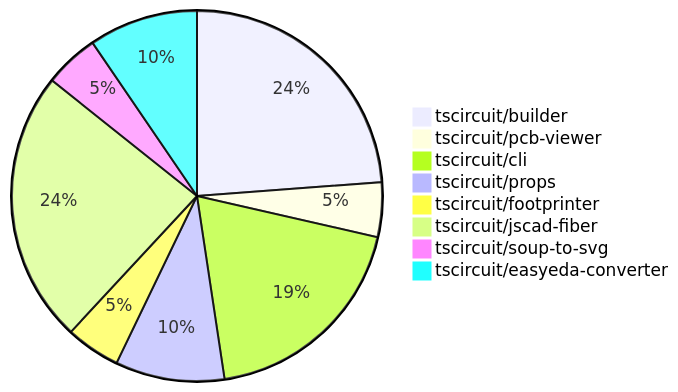
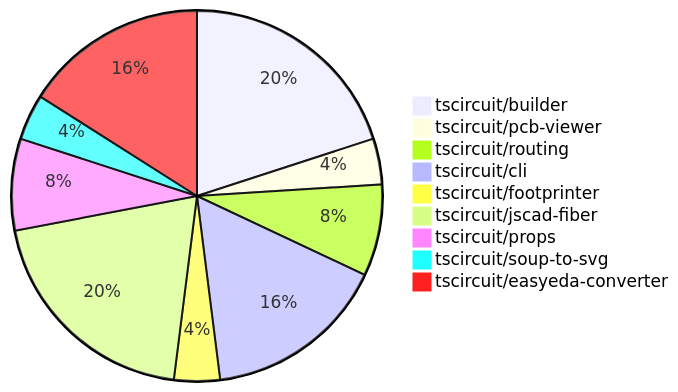
The diagram in README.md (tscircuit/contribution-tracker), drawn with Mermaid before and after one commit. The commit also changed other lines of this file and 1 other file, not shown here.

````diff
--- a/README.md
+++ b/README.md
@@ -24,11 +24,12 @@
 ```mermaid
 pie
     "tscircuit/builder" : 5
     "tscircuit/pcb-viewer" : 1
+    "tscircuit/routing" : 2
     "tscircuit/cli" : 4
-    "tscircuit/props" : 2
     "tscircuit/footprinter" : 1
     "tscircuit/jscad-fiber" : 5
+    "tscircuit/props" : 2
     "tscircuit/soup-to-svg" : 1
-    "tscircuit/easyeda-converter" : 2
+    "tscircuit/easyeda-converter" : 4
 ```
````
